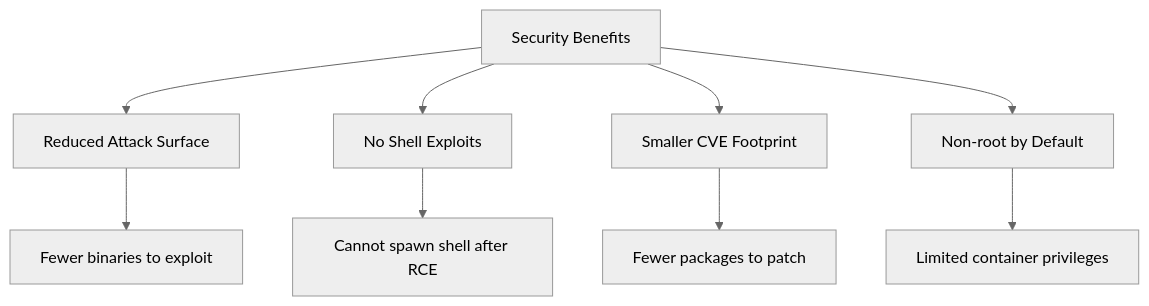
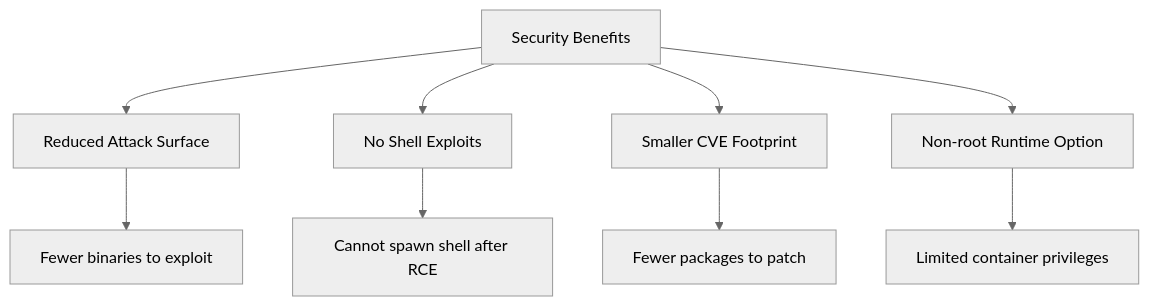
The second of 2 diagrams in posts/2026-01-30-docker-distroless-images/README.md (OneUptime/blog), drawn with Mermaid (neutral theme) before and after one commit. The commit also changed other lines of this file and 2 other files, not shown here.

````diff
--- a/posts/2026-01-30-docker-distroless-images/README.md
+++ b/posts/2026-01-30-docker-distroless-images/README.md
@@ -340,12 +342,12 @@
 ```mermaid
 graph TD
     A[Security Benefits] --> B[Reduced Attack Surface]
     A --> C[No Shell Exploits]
     A --> D[Smaller CVE Footprint]
-    A --> E[Non-root by Default]
+    A --> E[Non-root Runtime Option]
 
     B --> F[Fewer binaries to exploit]
     C --> G[Cannot spawn shell after RCE]
     D --> H[Fewer packages to patch]
     E --> I[Limited container privileges]
 ```
````
